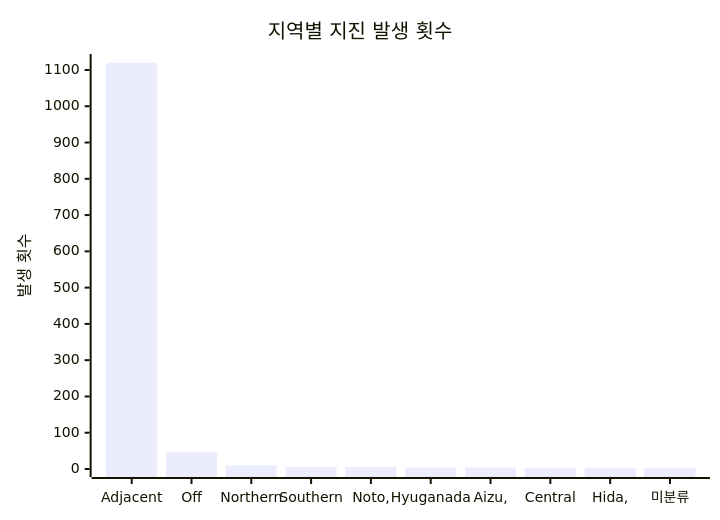
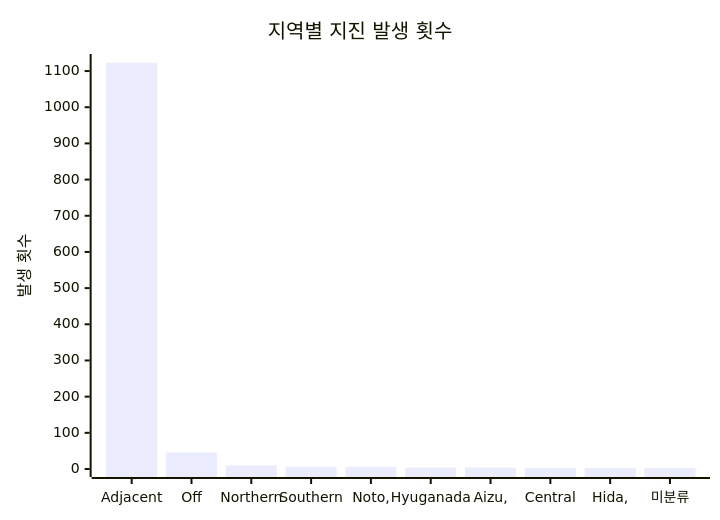
One commit to serendip811/japan-eq changed the diagram in charts/region-chart.md. Above: the diagram before and after it, drawn with Mermaid. The commit also changed other lines of this file and 5 other files, not shown here.

Commit message:
Update earthquake data and charts Fri Jul  4 11:03:41 UTC 2025

````diff
--- a/charts/region-chart.md
+++ b/charts/region-chart.md
@@ -3,7 +3,7 @@
 ```mermaid
 xychart-beta
     title "지역별 지진 발생 횟수"
     x-axis ["Adjacent", "Off", "Northern", "Southern", "Noto,", "Hyuganada", "Aizu,", "Central", "Hida,", "미분류"]
-    y-axis "발생 횟수" 0 --> 1122
-    bar [1120, 46, 10, 6, 6, 4, 4, 3, 3, 3]
+    y-axis "발생 횟수" 0 --> 1125
+    bar [1123, 46, 10, 6, 6, 4, 4, 3, 3, 3]
 ```
````
